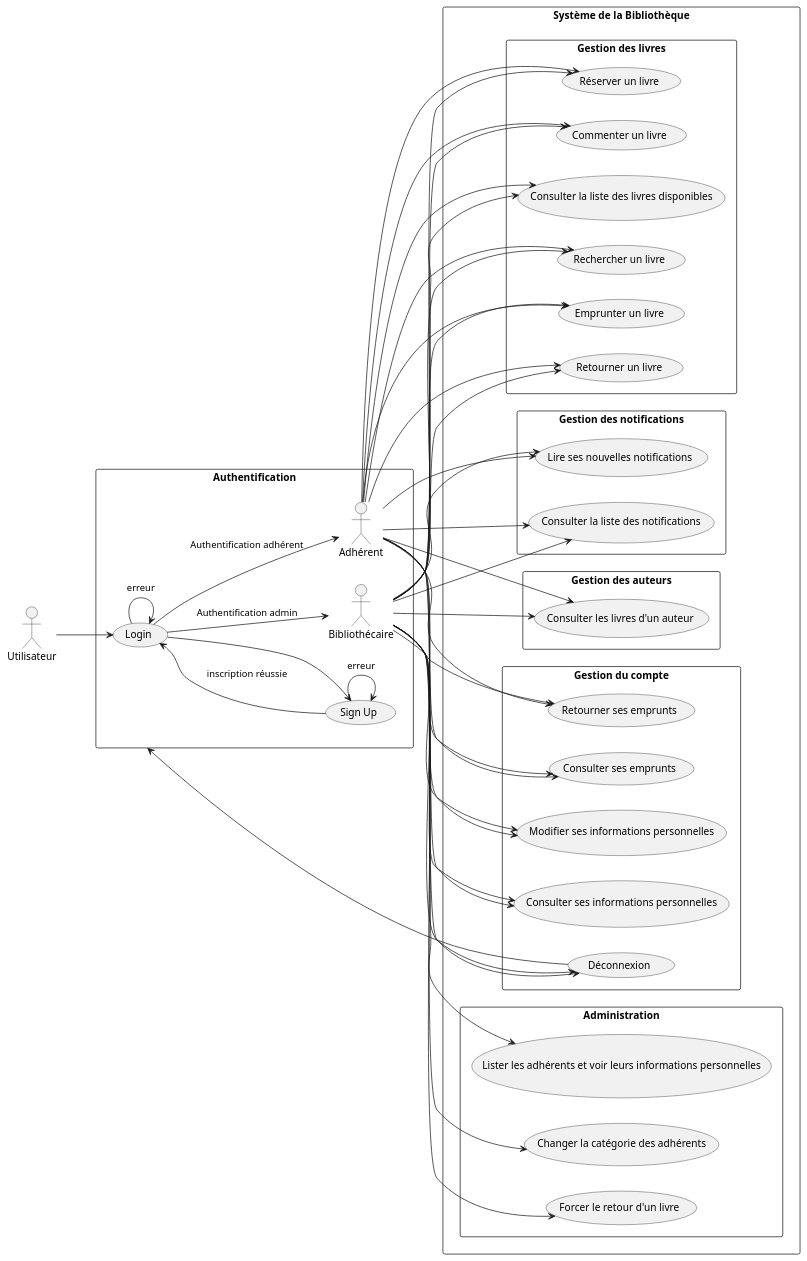
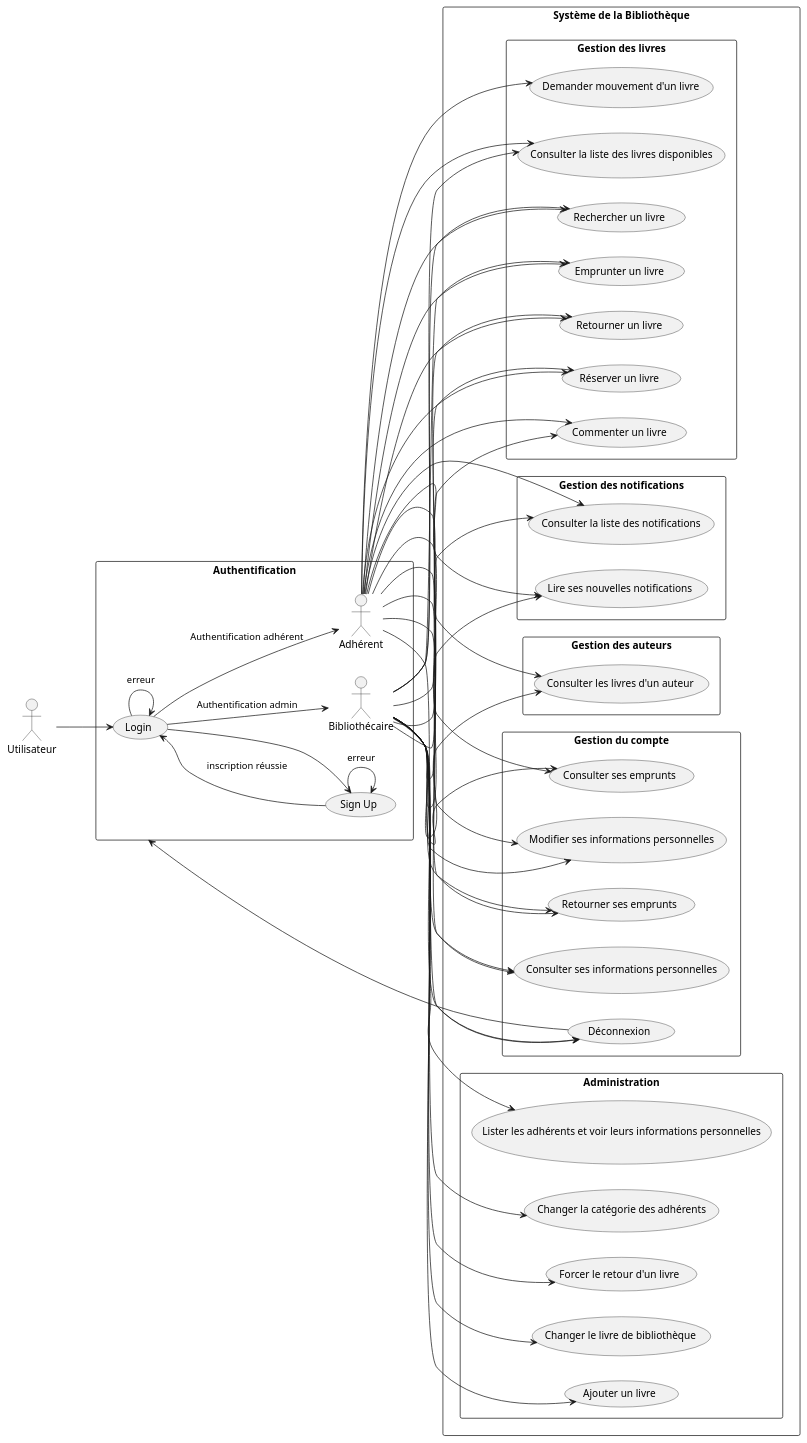
Before and after one commit to Atafid/Library-Management-System: the diagram in src/main/resources/com/example/tp_bibliotheque/uml/useCase.puml, drawn with PlantUML. The commit also changed 28 other files, not shown here.

Commit message:
Fin du système d'ajout de livres, fin des diagrammes UML, fin des commentaires de code

```diff
--- a/src/main/resources/com/example/tp_bibliotheque/uml/useCase.puml
+++ b/src/main/resources/com/example/tp_bibliotheque/uml/useCase.puml
@@ -1,76 +1,80 @@
 @startuml
 
 left to right direction
 
 actor Utilisateur as User
 
 rectangle "Authentification" {
     User--> (Login)
     (Login)-->(Login): erreur
     (Login)-->(Sign Up)
     (Sign Up)-->(Sign Up): erreur
     (Sign Up)-->(Login): inscription réussie
     (Login)-->"Adhérent": Authentification adhérent
     (Login)-->"Bibliothécaire": Authentification admin
 }
 
 rectangle "Système de la Bibliothèque" {
     rectangle "Gestion des livres" {
         "Adhérent" --> (Consulter la liste des livres disponibles)
         "Bibliothécaire" --> (Consulter la liste des livres disponibles)
 
         "Adhérent" --> (Rechercher un livre)
         "Bibliothécaire" --> (Rechercher un livre)
 
         "Adhérent" --> (Emprunter un livre)
         "Bibliothécaire" --> (Emprunter un livre)
 
         "Adhérent" --> (Retourner un livre)
         "Bibliothécaire" --> (Retourner un livre)
 
         "Adhérent" --> (Réserver un livre)
         "Bibliothécaire" --> (Réserver un livre)
 
         "Adhérent" --> (Commenter un livre)
         "Bibliothécaire" --> (Commenter un livre)
+
+        "Adhérent" --> (Demander mouvement d'un livre)
     }
 
     rectangle "Gestion des notifications" {
     "Adhérent" --> (Lire ses nouvelles notifications)
     "Bibliothécaire" --> (Lire ses nouvelles notifications)
 
         "Adhérent" --> (Consulter la liste des notifications)
         "Bibliothécaire" --> (Consulter la liste des notifications)
     }
 
     rectangle "Gestion des auteurs" {
         "Adhérent" --> (Consulter les livres d'un auteur)
         "Bibliothécaire" --> (Consulter les livres d'un auteur)
     }
 
     rectangle "Gestion du compte" {
         "Adhérent" --> (Déconnexion)
         "Bibliothécaire" --> (Déconnexion)
         (Déconnexion)--> Authentification
 
         "Adhérent" --> (Consulter ses informations personnelles)
         "Bibliothécaire" --> (Consulter ses informations personnelles)
 
         "Adhérent" --> (Modifier ses informations personnelles)
         "Bibliothécaire" --> (Modifier ses informations personnelles)
 
         "Adhérent" --> (Consulter ses emprunts)
         "Bibliothécaire" --> (Consulter ses emprunts)
 
         "Adhérent" --> (Retourner ses emprunts)
         "Bibliothécaire" --> (Retourner ses emprunts)
     }
 
     rectangle "Administration" {
         "Bibliothécaire" --> (Lister les adhérents et voir leurs informations personnelles)
         "Bibliothécaire" --> (Changer la catégorie des adhérents)
         "Bibliothécaire" --> (Forcer le retour d'un livre)
+        "Bibliothécaire" --> (Changer le livre de bibliothèque)
+        "Bibliothécaire" --> (Ajouter un livre)
     }
 }
 
 @enduml
```
